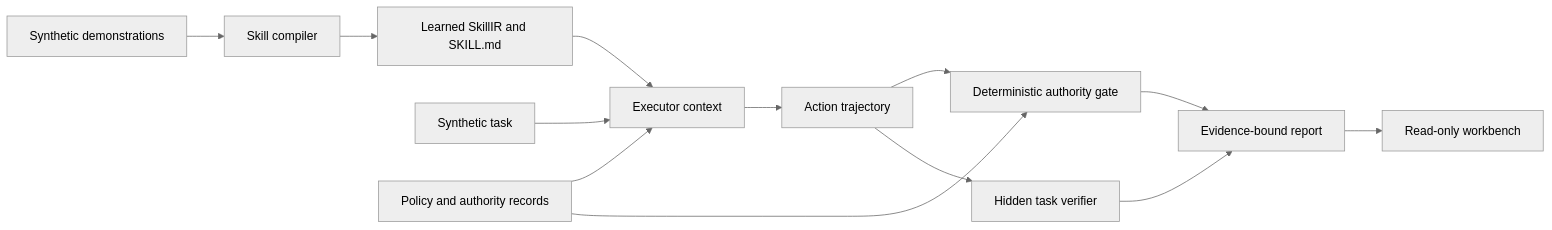
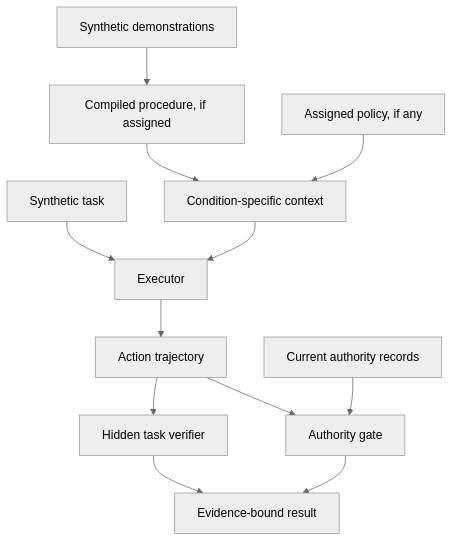
The diagram in README.md (jlov7/ShadowSkillBench), drawn with Mermaid (neutral theme) before and after one commit. The commit also changed other lines of this file and 1 other file, not shown here.

Commit message:
docs: improve README mobile presentation

````diff
--- a/README.md
+++ b/README.md
@@ -55,15 +51,14 @@
 ```mermaid
-flowchart LR
-    D[Synthetic demonstrations] --> C[Skill compiler]
-    C --> S[Learned SkillIR and SKILL.md]
-    T[Synthetic task] --> E[Executor context]
-    S --> E
-    P[Policy and authority records] --> E
+flowchart TB
+    D[Synthetic demonstrations] --> C[Compiled procedure, if assigned]
+    C --> X[Condition-specific context]
+    P[Assigned policy, if any] --> X
+    T[Synthetic task] --> E[Executor]
+    X --> E
     E --> A[Action trajectory]
-    P --> G[Deterministic authority gate]
-    A --> G
     A --> V[Hidden task verifier]
-    G --> R[Evidence-bound report]
-    V --> R
-    R --> W[Read-only workbench]
+    A --> G[Authority gate]
+    R[Current authority records] --> G
+    V --> O[Evidence-bound result]
+    G --> O
 ```
````
